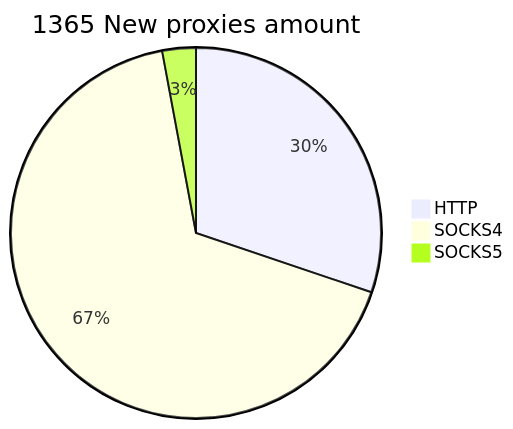
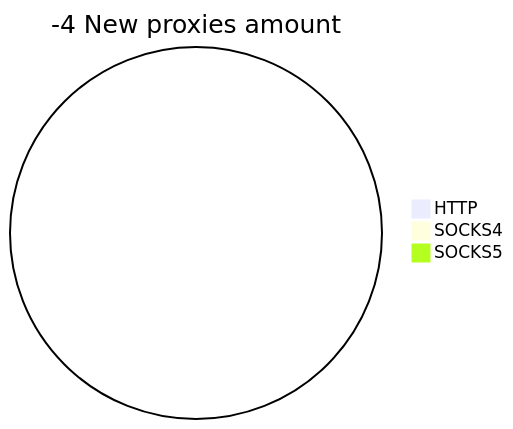
One commit to cutipu/proxylist changed the second of 2 diagrams in README.md. Above: the diagram before and after it, drawn with Mermaid. The commit also changed other lines of this file, not shown here.

````diff
--- a/README.md
+++ b/README.md
@@ -10,6 +10,6 @@
 ```mermaid
-pie title 1365 New proxies amount
-    "HTTP" : 412
-    "SOCKS4" : 913
-    "SOCKS5" : 40
+pie title -4 New proxies amount
+    "HTTP" : 0
+    "SOCKS4" : 0
+    "SOCKS5" : 0
 ```
````
